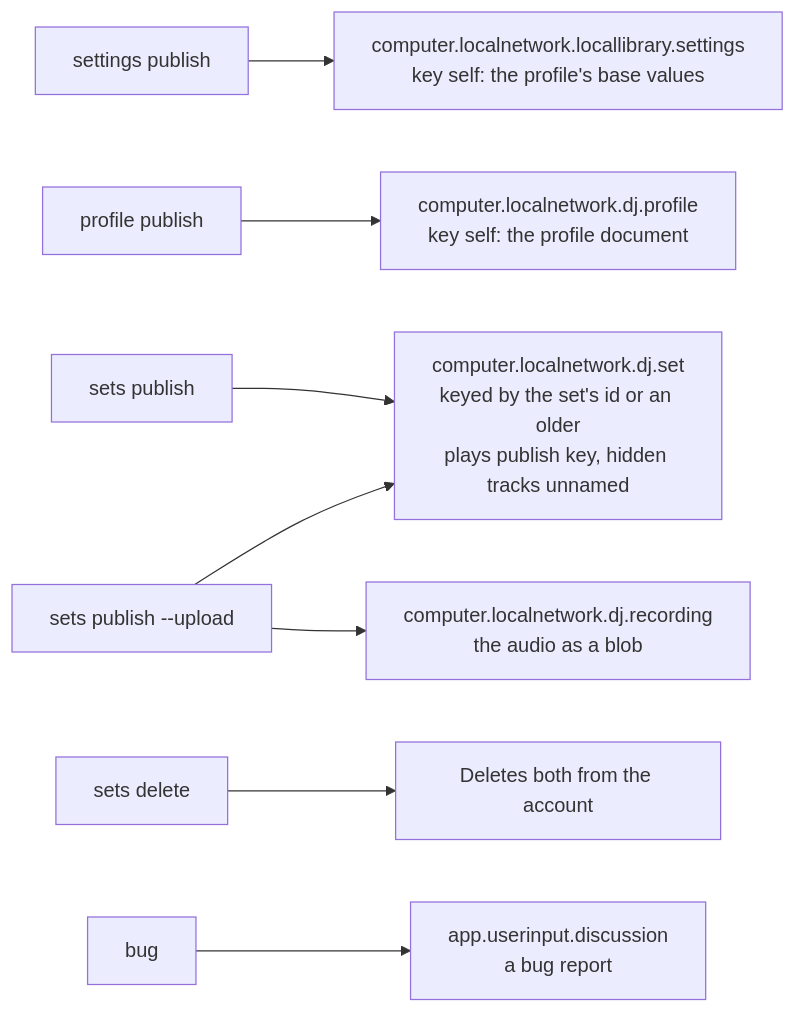
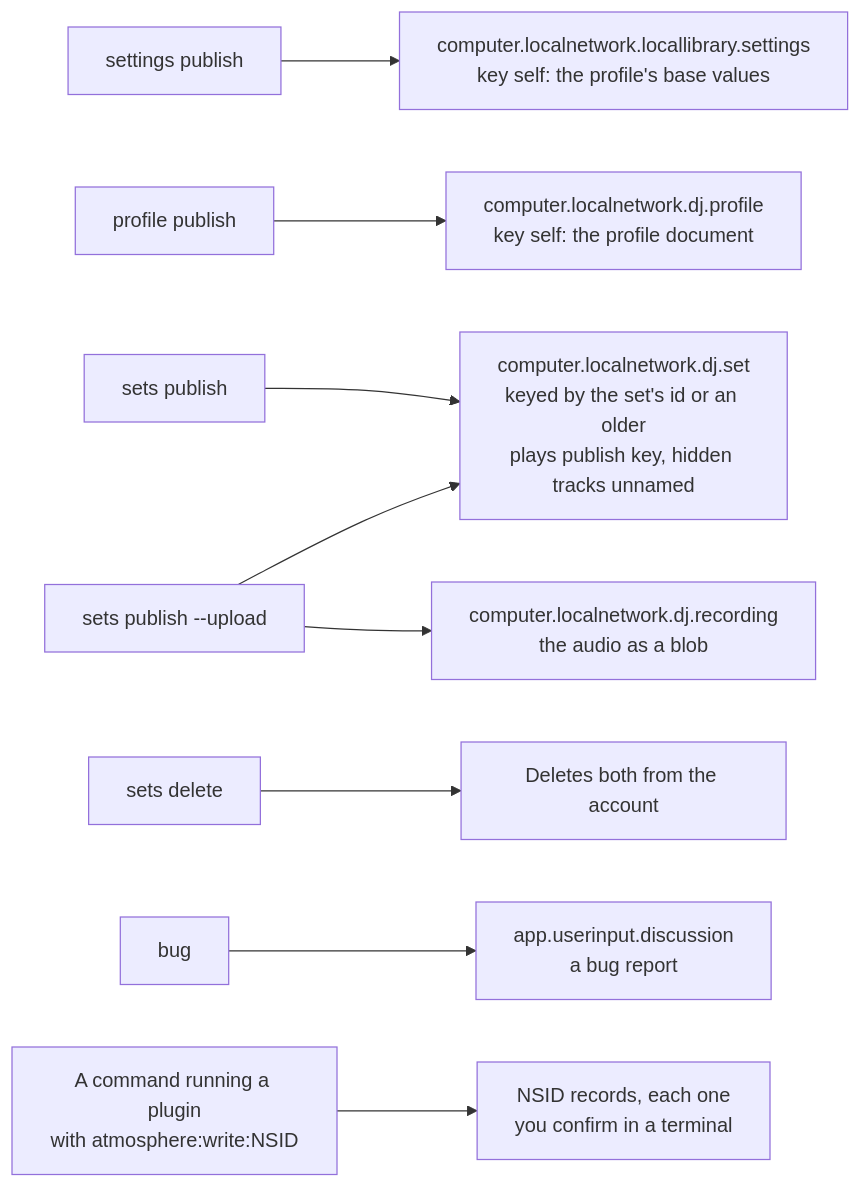
Before and after one commit to cutenode/localnetwork: the second of 8 diagrams in apps/locallibrary/docs/diagrams/publishing-and-services.md, drawn with Mermaid. The commit also changed other lines of this file and 37 other files, not shown here.

First line of the commit message:
feat(plugins): let plugins write atmosphere records the user confirms

````diff
--- a/apps/locallibrary/docs/diagrams/publishing-and-services.md
+++ b/apps/locallibrary/docs/diagrams/publishing-and-services.md
@@ -46,10 +46,11 @@
 ```mermaid
 flowchart LR
     settings["settings publish"] --> settingsrec["computer.localnetwork.locallibrary.settings<br/>key self: the profile's base values"]
     profile["profile publish"] --> profilerec["computer.localnetwork.dj.profile<br/>key self: the profile document"]
     sets["sets publish"] --> setrec["computer.localnetwork.dj.set<br/>keyed by the set's id or an older<br/>plays publish key, hidden tracks unnamed"]
     upload["sets publish --upload"] --> recording["computer.localnetwork.dj.recording<br/>the audio as a blob"]
     upload --> setrec
     delete["sets delete"] --> gone["Deletes both from the account"]
     bug["bug"] --> discussion["app.userinput.discussion<br/>a bug report"]
+    plugin["A command running a plugin<br/>with atmosphere:write:NSID"] --> pluginrec["NSID records, each one<br/>you confirm in a terminal"]
 ```
````
